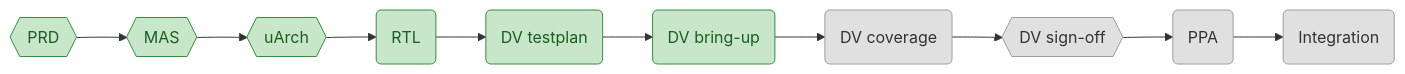
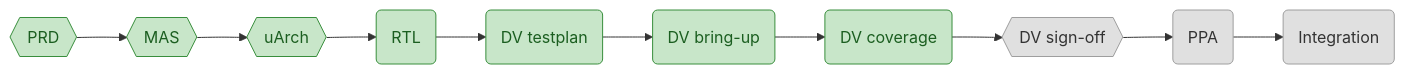
One commit to matanco64/HWSW_Project changed the first of 3 diagrams in hw/PROGRESS.md. Above: the diagram before and after it, drawn with Mermaid. The commit also changed other lines of this file and 58 other files, not shown here.

First line of the commit message:
hw: grape_pipeline dv_coverage done — 8 tests, line 91.3/toggle 94.5, 58 functional bins

````diff
--- a/hw/PROGRESS.md
+++ b/hw/PROGRESS.md
@@ -10,21 +10,21 @@
 ```mermaid
 flowchart LR
     prd{{PRD}}
     mas{{MAS}}
     uarch{{uArch}}
     rtl(RTL)
     dv_testplan(DV testplan)
     dv_bringup(DV bring-up)
     dv_coverage(DV coverage)
     dv_signoff{{DV sign-off}}
     ppa(PPA)
     integration(Integration)
     prd --> mas --> uarch --> rtl --> dv_testplan --> dv_bringup --> dv_coverage --> dv_signoff --> ppa --> integration
     classDef todo fill:#e0e0e0,stroke:#9e9e9e,color:#333
     classDef in_progress fill:#bbdefb,stroke:#1976d2,color:#0d47a1
     classDef review fill:#ffe0b2,stroke:#f57c00,color:#e65100
     classDef done fill:#c8e6c9,stroke:#388e3c,color:#1b5e20
     classDef blocked fill:#ffcdd2,stroke:#d32f2f,color:#b71c1c
-    class dv_coverage,dv_signoff,ppa,integration todo
-    class prd,mas,uarch,rtl,dv_testplan,dv_bringup done
+    class dv_signoff,ppa,integration todo
+    class prd,mas,uarch,rtl,dv_testplan,dv_bringup,dv_coverage done
 ```
````
